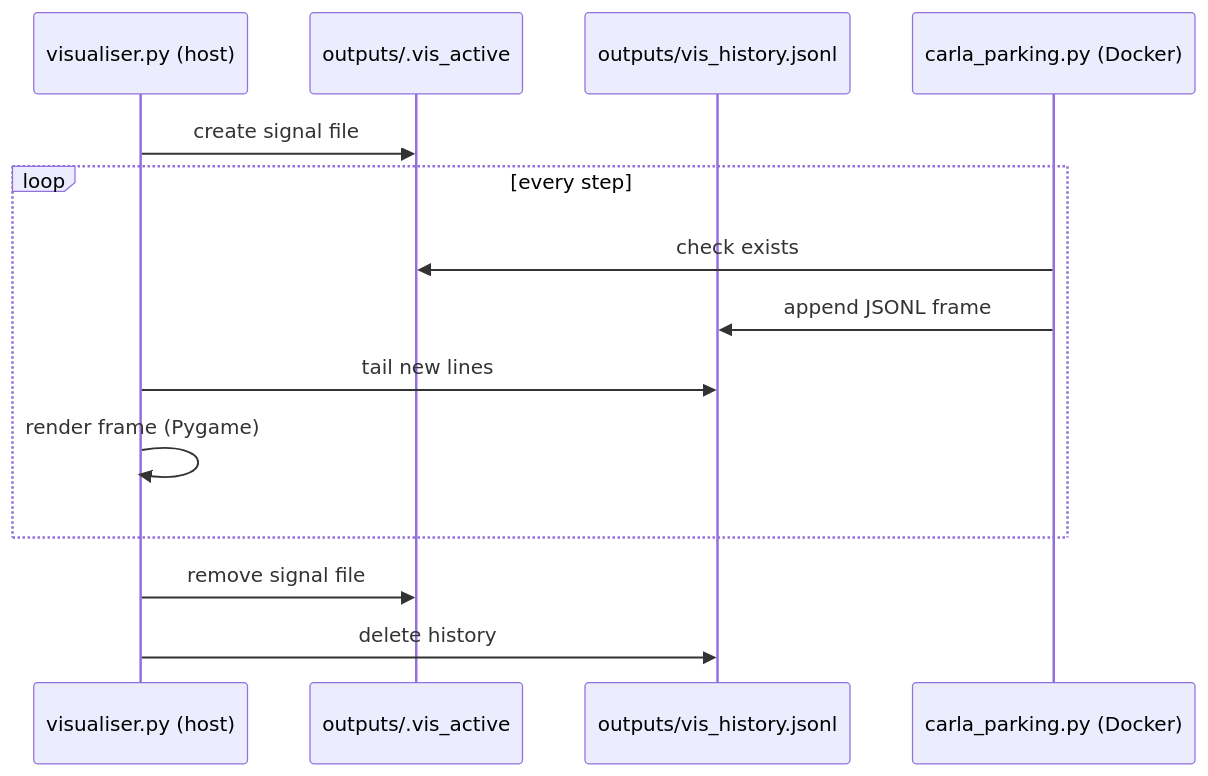
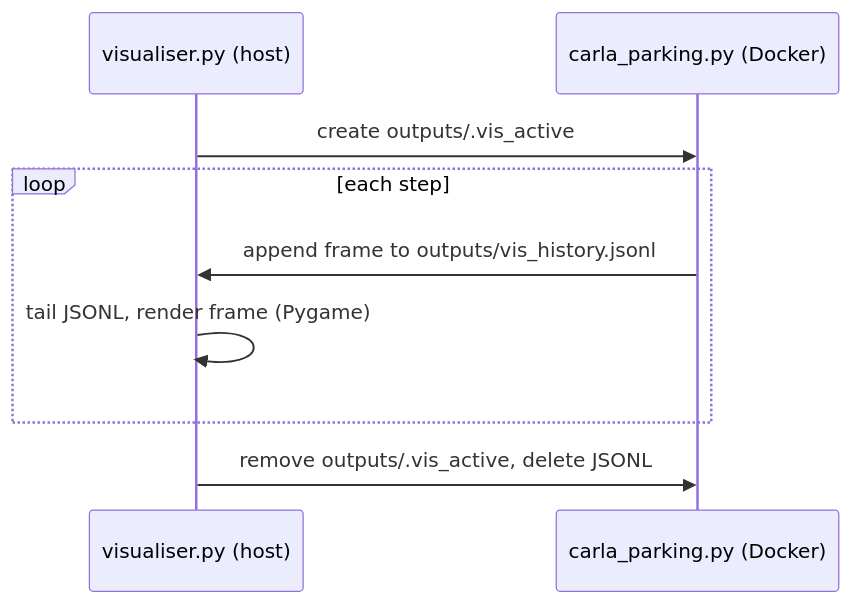
One commit to Expo39/Uncertainty-Conditioned-RL-with-Evidential-Policy-Networks-for-Autonomous-Systems changed the diagram in scripts/visualise/README.md. Above: the diagram before and after it, drawn with Mermaid.

Commit message:
Updated visualiser docs

````diff
--- a/scripts/visualise/README.md
+++ b/scripts/visualise/README.md
@@ -20,17 +20,12 @@
 ```mermaid
 sequenceDiagram
     participant V as visualiser.py (host)
-    participant F as outputs/.vis_active
-    participant J as outputs/vis_history.jsonl
     participant E as carla_parking.py (Docker)
 
-    V->>F: create signal file
-    loop every step
-        E->>F: check exists
-        E->>J: append JSONL frame
-        V->>J: tail new lines
-        V->>V: render frame (Pygame)
+    V->>E: create outputs/.vis_active
+    loop each step
+        E->>V: append frame to outputs/vis_history.jsonl
+        V->>V: tail JSONL, render frame (Pygame)
     end
-    V->>F: remove signal file
-    V->>J: delete history
+    V->>E: remove outputs/.vis_active, delete JSONL
 ```
````
